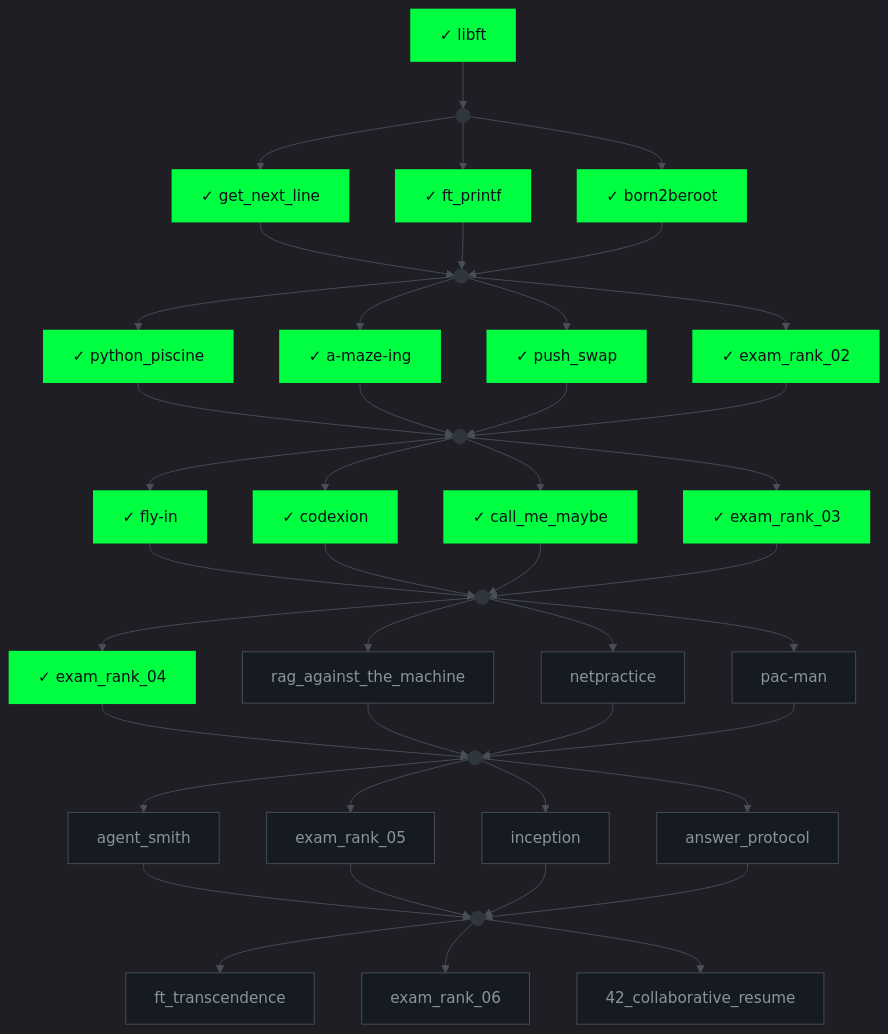
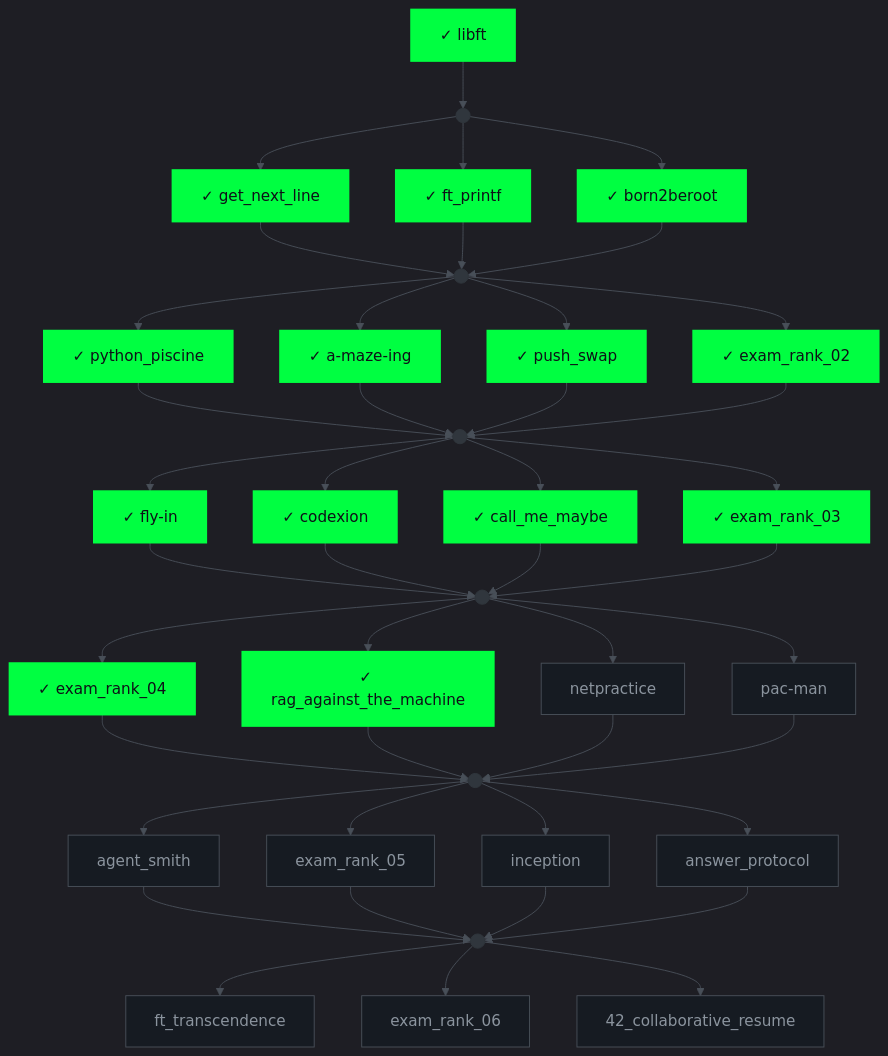
The diagram in README.md (0hmza/0hmza), drawn with Mermaid before and after one commit.

Commit message:
Update exam status for rag_against_the_machine

````diff
--- a/README.md
+++ b/README.md
@@ -52,60 +52,60 @@
 ```mermaid
 %%{init: {'theme':'dark','themeVariables':{'primaryColor':'#0D1117','primaryTextColor':'#C9D1D9','primaryBorderColor':'#30363D','lineColor':'#484F58','fontFamily':'monospace','fontSize':'16px'}}}%%
 graph TD
     LIB["✓ libft"]:::done --> G0((" ")):::gate
     G0 --> GNL["✓ get_next_line"]:::done
     G0 --> FP["✓ ft_printf"]:::done
     G0 --> B2B["✓ born2beroot"]:::done
 
     GNL --> G1((" ")):::gate
     FP --> G1
     B2B --> G1
 
     G1 --> PY["✓ python_piscine"]:::done
     G1 --> AM["✓ a-maze-ing"]:::done
     G1 --> PS["✓ push_swap"]:::done
     G1 --> E2["✓ exam_rank_02"]:::done
 
     PY --> G2((" ")):::gate
     AM --> G2
     PS --> G2
     E2 --> G2
 
     G2 --> FI["✓ fly-in"]:::done
     G2 --> CX["✓ codexion"]:::done
     G2 --> CMM["✓ call_me_maybe"]:::done
     G2 --> E3["✓ exam_rank_03"]:::done
 
     FI --> G3((" ")):::gate
     CX --> G3
     CMM --> G3
     E3 --> G3
 
     G3 --> E4["✓ exam_rank_04"]:::done
-    G3 --> RAG["rag_against_the_machine"]:::todo
+    G3 --> RAG["✓ rag_against_the_machine"]:::done
     G3 --> NP["netpractice"]:::todo
     G3 --> PM["pac-man"]:::todo
 
     E4 --> G4((" ")):::gate
     RAG --> G4
     NP --> G4
     PM --> G4
 
     G4 --> AS["agent_smith"]:::todo
     G4 --> E5["exam_rank_05"]:::todo
     G4 --> INC["inception"]:::todo
     G4 --> AP["answer_protocol"]:::todo
 
     AS --> G5((" ")):::gate
     E5 --> G5
     INC --> G5
     AP --> G5
 
     G5 --> FT["ft_transcendence"]:::todo
     G5 --> E6["exam_rank_06"]:::todo
     G5 --> CR["42_collaborative_resume"]:::todo
 
     classDef done fill:#00FF41,stroke:#00FF41,color:#0D1117,stroke-width:2px
     classDef todo fill:#161B22,stroke:#484F58,color:#8B949E
     classDef gate fill:#30363D,stroke:#30363D,color:#30363D
 ```
````
